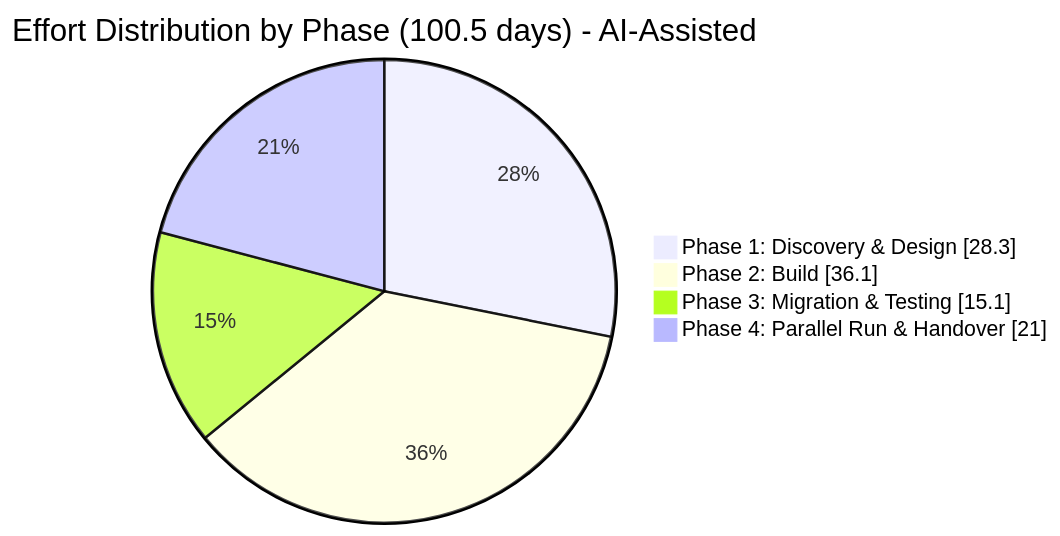
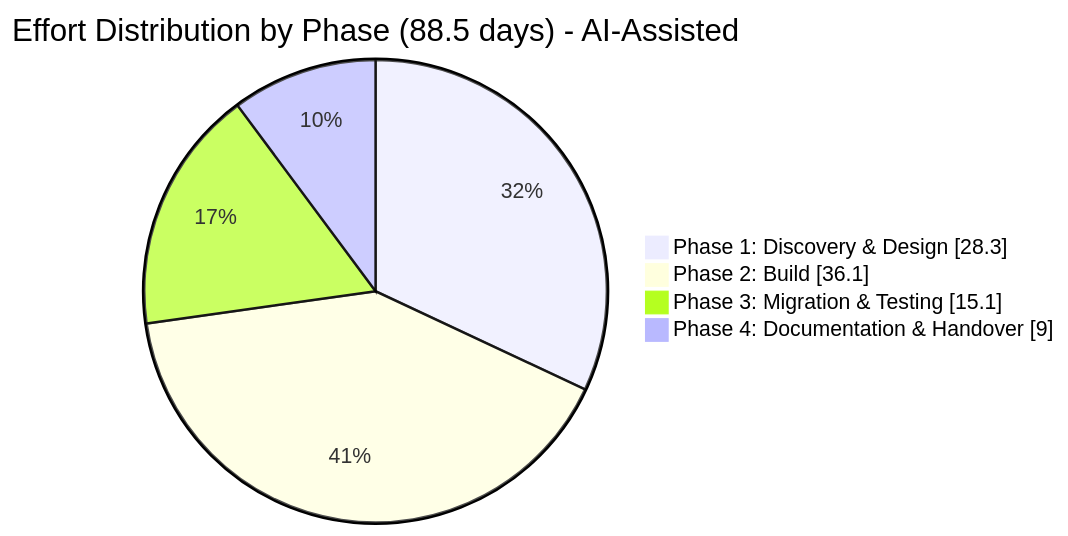
The second of 2 diagrams in 4-DataPipelinePrioritisation/Monetization Domain/Monetisation_Domain_Scope_of_Work_INTERNAL.md (sfc-gh-mhindi/REPO_CANVA), drawn with Mermaid before and after one commit. The commit also changed other lines of this file and 15 other files, not shown here.

````diff
--- a/4-DataPipelinePrioritisation/Monetization Domain/Monetisation_Domain_Scope_of_Work_INTERNAL.md
+++ b/4-DataPipelinePrioritisation/Monetization Domain/Monetisation_Domain_Scope_of_Work_INTERNAL.md
@@ -599,8 +579,8 @@
 ```mermaid
 pie showData
-    title Effort Distribution by Phase (100.5 days) - AI-Assisted
+    title Effort Distribution by Phase (88.5 days) - AI-Assisted
     "Phase 1: Discovery & Design" : 28.3
     "Phase 2: Build" : 36.1
     "Phase 3: Migration & Testing" : 15.1
-    "Phase 4: Parallel Run & Handover" : 21.0
+    "Phase 4: Documentation & Handover" : 9.0
 ```
````
